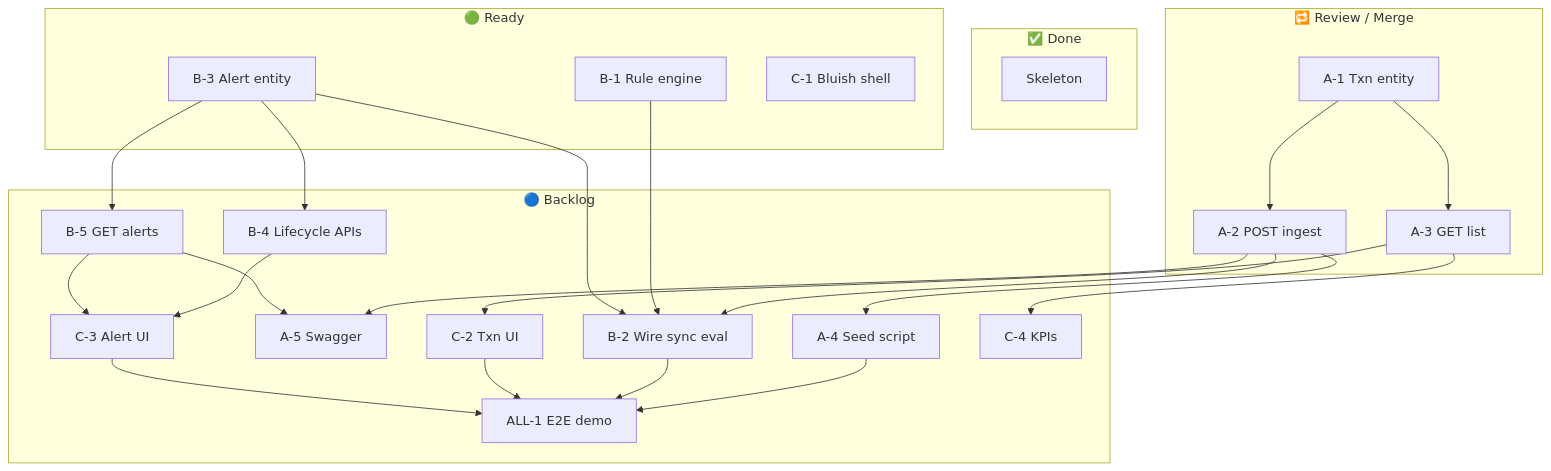
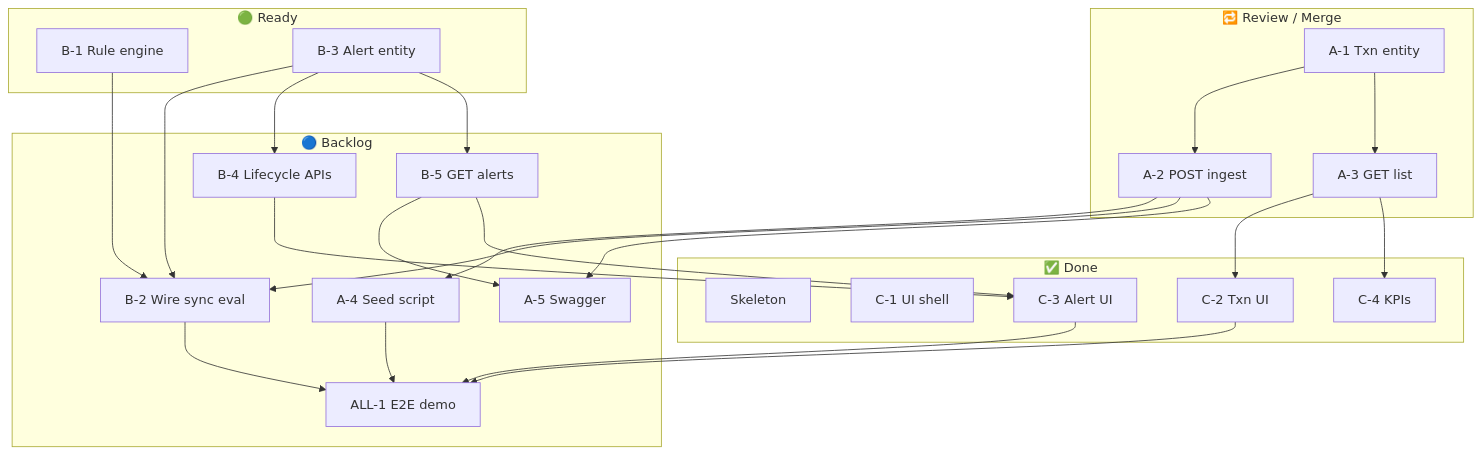
One commit to IamUsike/democd changed the diagram in docs/KANBAN.md. Above: the diagram before and after it, drawn with Mermaid. The commit also changed other lines of this file and 9 other files, not shown here.

````diff
--- a/docs/KANBAN.md
+++ b/docs/KANBAN.md
@@ -61,49 +62,49 @@
 ```mermaid
 flowchart TB
   subgraph done [✅ Done]
     Skel[Skeleton]
+    C1[C-1 UI shell]
+    C2[C-2 Txn UI]
+    C3[C-3 Alert UI]
+    C4[C-4 KPIs]
   end
 
   subgraph review [🔁 Review / Merge]
     A1[A-1 Txn entity]
     A2[A-2 POST ingest]
     A3[A-3 GET list]
   end
 
   subgraph ready [🟢 Ready]
     B1[B-1 Rule engine]
     B3[B-3 Alert entity]
-    C1[C-1 Bluish shell]
   end
 
   subgraph backlog [🔵 Backlog]
     A4[A-4 Seed script]
     A5[A-5 Swagger]
     B2[B-2 Wire sync eval]
     B4[B-4 Lifecycle APIs]
     B5[B-5 GET alerts]
-    C2[C-2 Txn UI]
-    C3[C-3 Alert UI]
-    C4[C-4 KPIs]
     Demo[ALL-1 E2E demo]
   end
 
   A1 --> A2
   A1 --> A3
   A2 --> A4
   A2 --> B2
   A2 --> A5
   B1 --> B2
   B3 --> B2
   B3 --> B4
   B3 --> B5
   B5 --> A5
   A3 --> C2
   A3 --> C4
   B4 --> C3
   B5 --> C3
   A4 --> Demo
   B2 --> Demo
   C2 --> Demo
   C3 --> Demo
 ```
````
